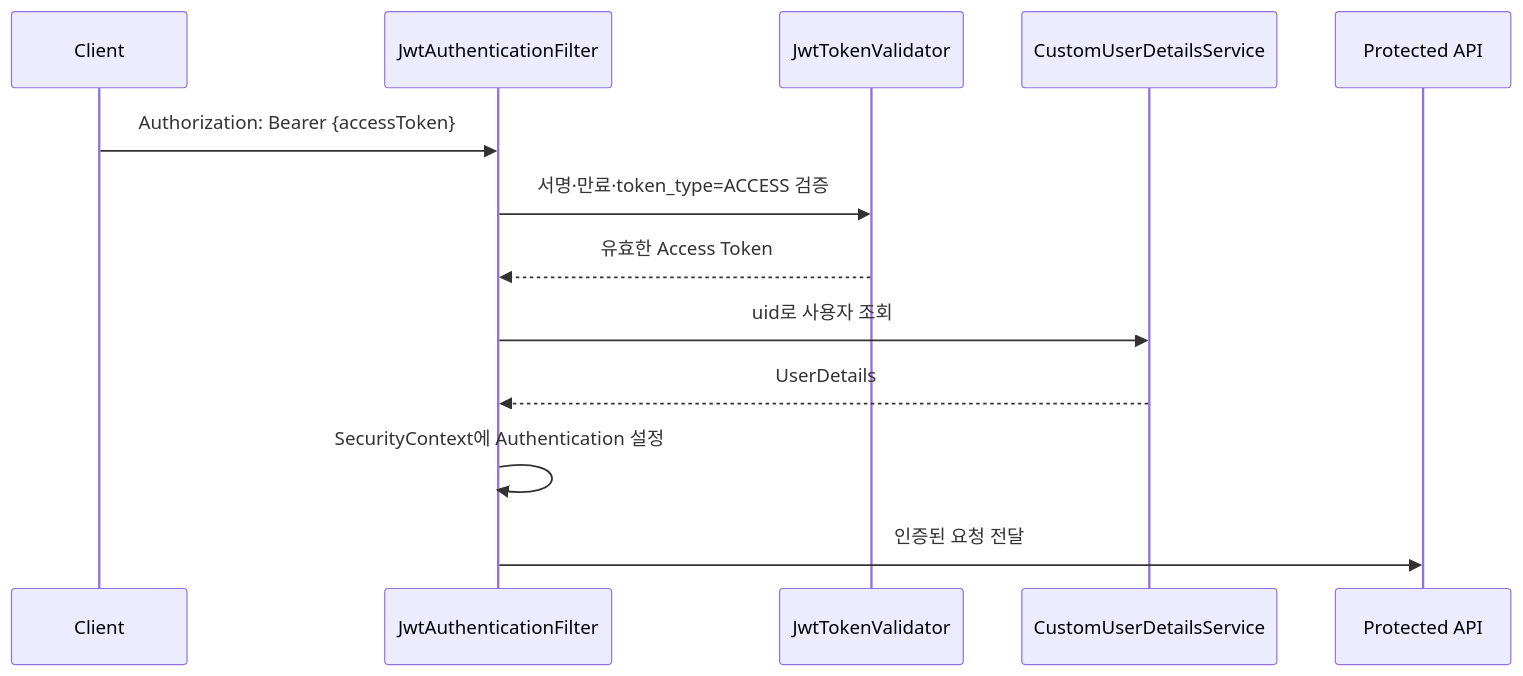
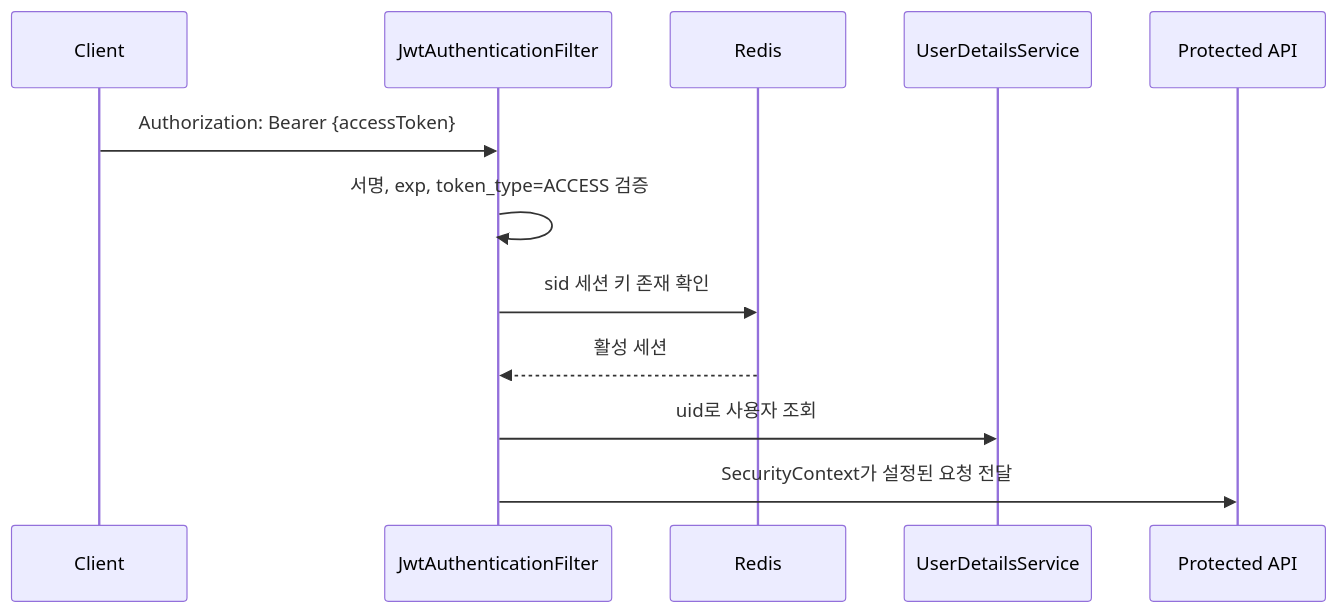
The third of 4 diagrams in README.md (home-pay9um/security), drawn with Mermaid before and after one commit. The commit also changed other lines of this file and 36 other files, not shown here.

````diff
--- a/README.md
+++ b/README.md
@@ -137,16 +122,15 @@
 ```mermaid
 sequenceDiagram
     participant C as Client
     participant F as JwtAuthenticationFilter
-    participant J as JwtTokenValidator
-    participant U as CustomUserDetailsService
+    participant R as Redis
+    participant U as UserDetailsService
     participant API as Protected API
 
     C->>F: Authorization: Bearer {accessToken}
-    F->>J: 서명·만료·token_type=ACCESS 검증
-    J-->>F: 유효한 Access Token
+    F->>F: 서명, exp, token_type=ACCESS 검증
+    F->>R: sid 세션 키 존재 확인
+    R-->>F: 활성 세션
     F->>U: uid로 사용자 조회
-    U-->>F: UserDetails
-    F->>F: SecurityContext에 Authentication 설정
-    F->>API: 인증된 요청 전달
+    F->>API: SecurityContext가 설정된 요청 전달
 ```
````
